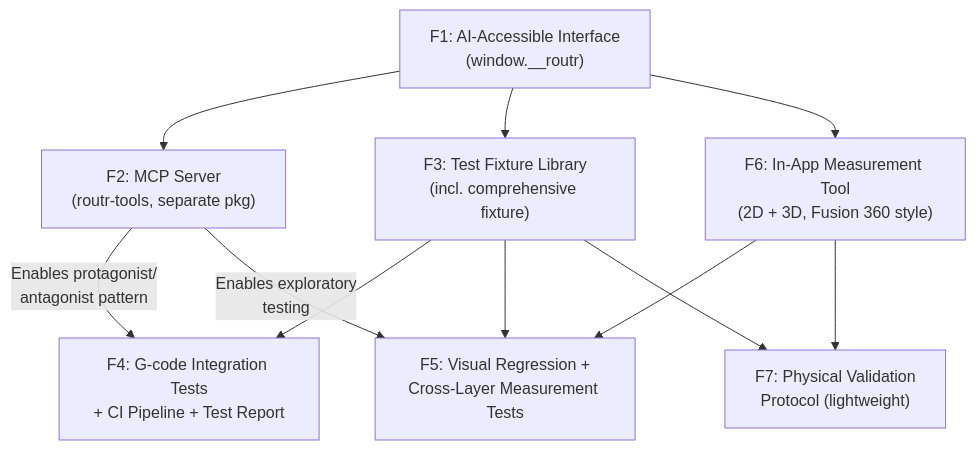
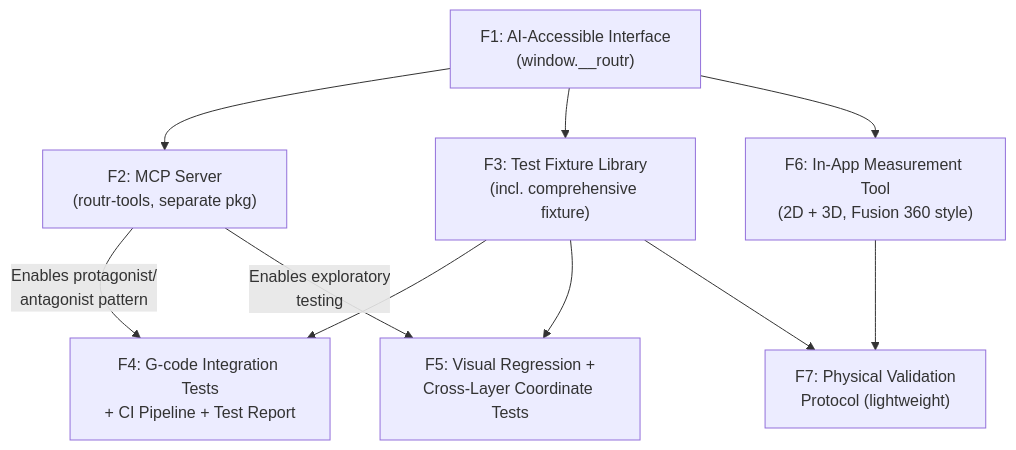
Before and after one commit to danhannah94/csdlc-docs: the eighth of 12 diagrams in docs/projects/routr/epics/validation.md, drawn with Mermaid. The commit also changed other lines of this file, not shown here.

First line of the commit message:
feat(validation): F5 Visual Regression + Cross-Layer story breakdown

````diff
--- a/docs/projects/routr/epics/validation.md
+++ b/docs/projects/routr/epics/validation.md
@@ -862,13 +863,12 @@
 ```mermaid
 graph TD
     F1["F1: AI-Accessible Interface<br/>(window.__routr)"] --> F2["F2: MCP Server<br/>(routr-tools, separate pkg)"]
     F1 --> F3["F3: Test Fixture Library<br/>(incl. comprehensive fixture)"]
     F1 --> F6["F6: In-App Measurement Tool<br/>(2D + 3D, Fusion 360 style)"]
     F3 --> F4["F4: G-code Integration Tests<br/>+ CI Pipeline + Test Report"]
-    F3 --> F5["F5: Visual Regression +<br/>Cross-Layer Measurement Tests"]
-    F6 --> F5
+    F3 --> F5["F5: Visual Regression +<br/>Cross-Layer Coordinate Tests"]
     F3 --> F7["F7: Physical Validation<br/>Protocol (lightweight)"]
     F6 --> F7
     F2 --> |"Enables protagonist/<br/>antagonist pattern"| F4
     F2 --> |"Enables exploratory<br/>testing"| F5
 ```
````
